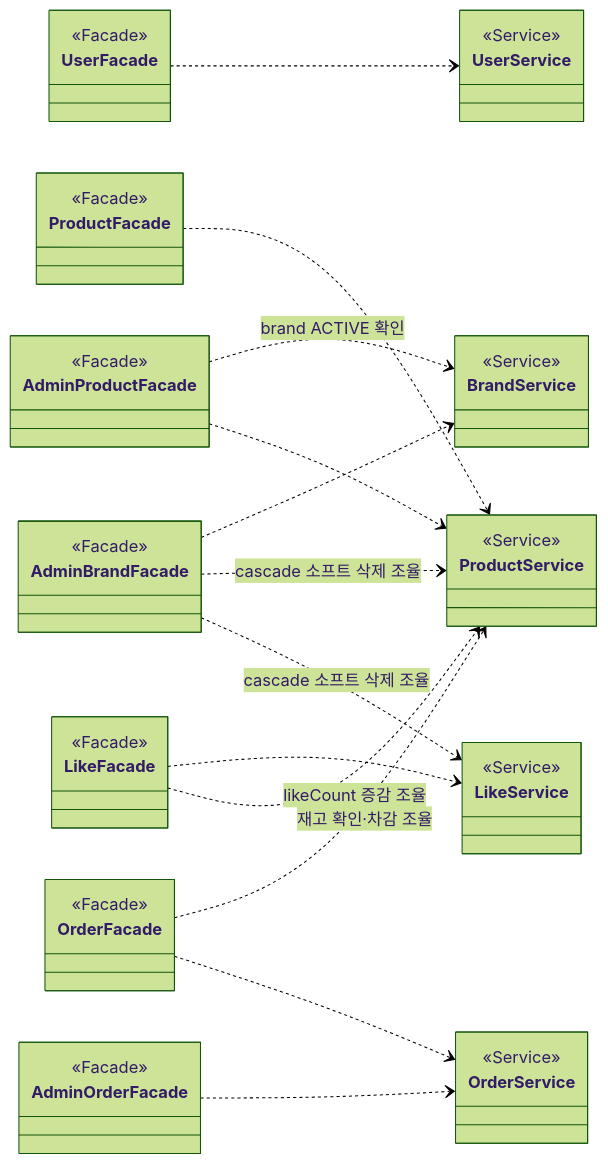
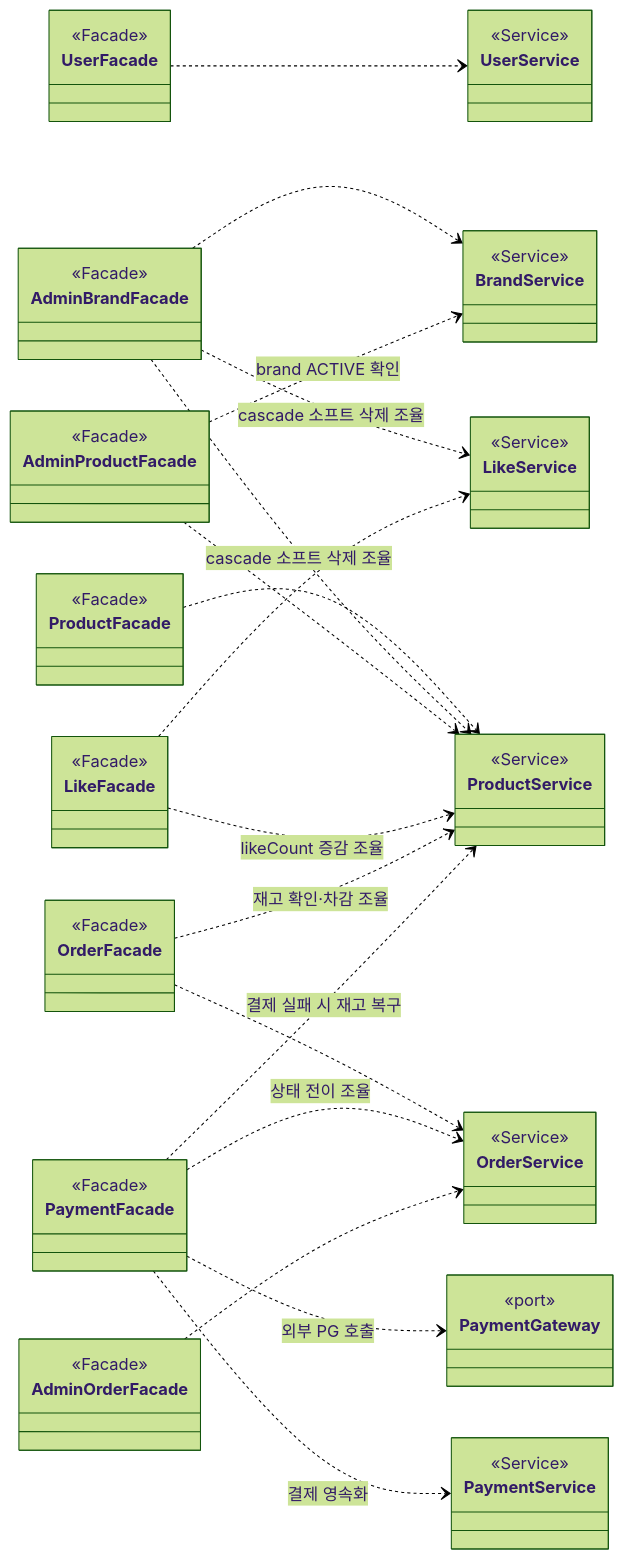
Before and after one commit to loopers-labs/loop-pack-be-l2-vol4-java: the seventh of 8 diagrams in .docs/design/03-class-diagram.md, drawn with Mermaid (forest theme). The commit also changed other lines of this file and 8 other files, not shown here.

````diff
--- a/.docs/design/03-class-diagram.md
+++ b/.docs/design/03-class-diagram.md
@@ -660,37 +813,45 @@
 ```mermaid
 classDiagram
     direction LR
 
     class UserFacade { <<Facade>> }
     class ProductFacade { <<Facade>> }
     class AdminBrandFacade { <<Facade>> }
     class AdminProductFacade { <<Facade>> }
     class LikeFacade { <<Facade>> }
     class OrderFacade { <<Facade>> }
+    class PaymentFacade { <<Facade>> }
     class AdminOrderFacade { <<Facade>> }
 
     class UserService { <<Service>> }
     class BrandService { <<Service>> }
     class ProductService { <<Service>> }
     class LikeService { <<Service>> }
     class OrderService { <<Service>> }
+    class PaymentService { <<Service>> }
+    class PaymentGateway { <<port>> }
 
     UserFacade ..> UserService
 
     ProductFacade ..> ProductService
 
     AdminBrandFacade ..> BrandService
     AdminBrandFacade ..> ProductService : cascade 소프트 삭제 조율
     AdminBrandFacade ..> LikeService : cascade 소프트 삭제 조율
 
     AdminProductFacade ..> BrandService : brand ACTIVE 확인
     AdminProductFacade ..> ProductService
 
     LikeFacade ..> LikeService
     LikeFacade ..> ProductService : likeCount 증감 조율
 
     OrderFacade ..> ProductService : 재고 확인·차감 조율
     OrderFacade ..> OrderService
 
+    PaymentFacade ..> OrderService : 상태 전이 조율
+    PaymentFacade ..> PaymentService : 결제 영속화
+    PaymentFacade ..> ProductService : 결제 실패 시 재고 복구
+    PaymentFacade ..> PaymentGateway : 외부 PG 호출
+
     AdminOrderFacade ..> OrderService
 ```
````
